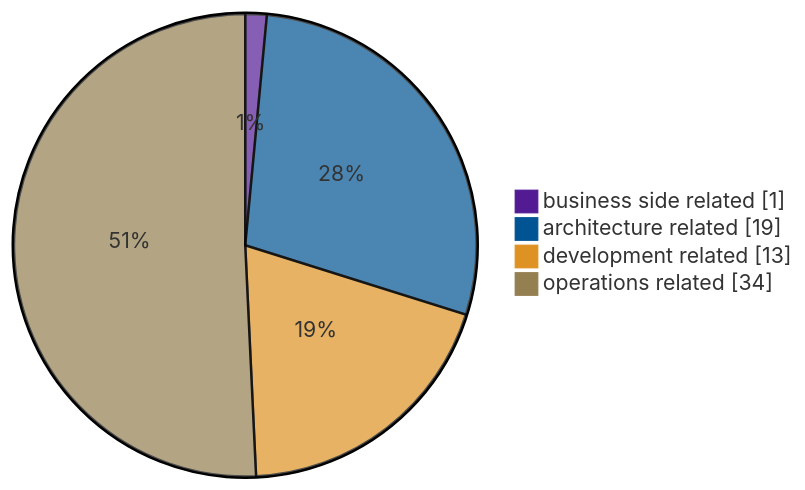
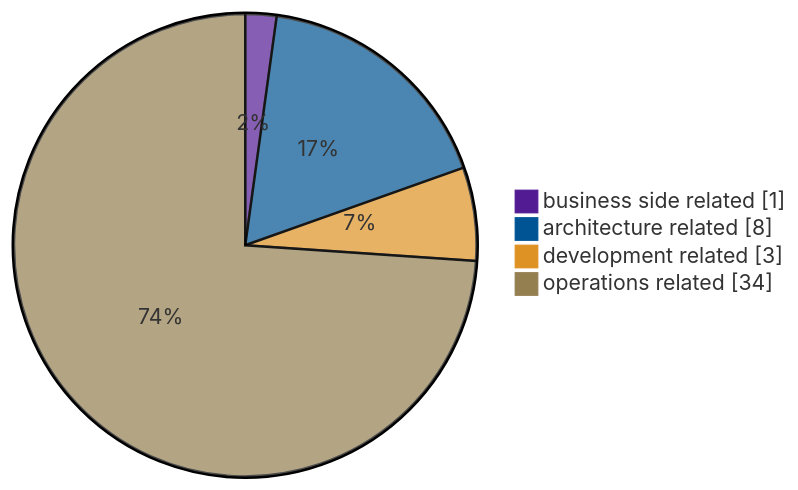
One commit to Luv1881/Threat-model changed the second of 2 diagrams in threagile/output/stride/adocReport/030_RiskMitigationStatus.adoc. Above: the diagram before and after it, drawn with Mermaid. The commit also changed other lines of this file and 65 other files, not shown here.

```diff
--- a/threagile/output/stride/adocReport/030_RiskMitigationStatus.adoc
+++ b/threagile/output/stride/adocReport/030_RiskMitigationStatus.adoc
@@ -87,9 +87,9 @@
 [mermaid]
 ....
 %%{init: {'pie' : {'textPosition' : 0.5}, 'theme': 'base', 'themeVariables': { 'pie1': '#531B93', 'pie2': '#005493', 'pie3': '#DE9223', 'pie4': '#947F50'}}}%%
 pie showData
   "business side related" : 1
-  "architecture related" : 19
-  "development related" : 13
+  "architecture related" : 8
+  "development related" : 3
   "operations related" : 34
 ....
```
